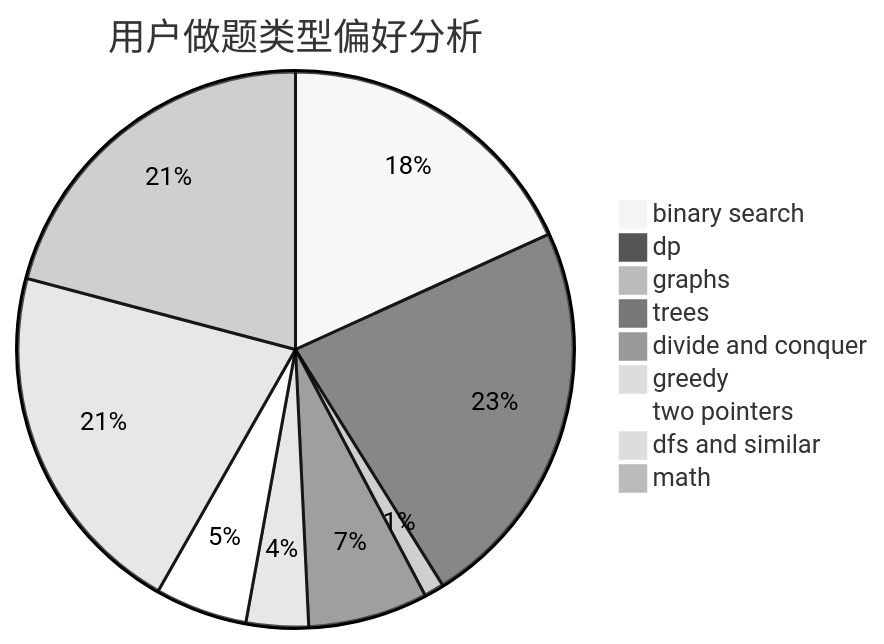
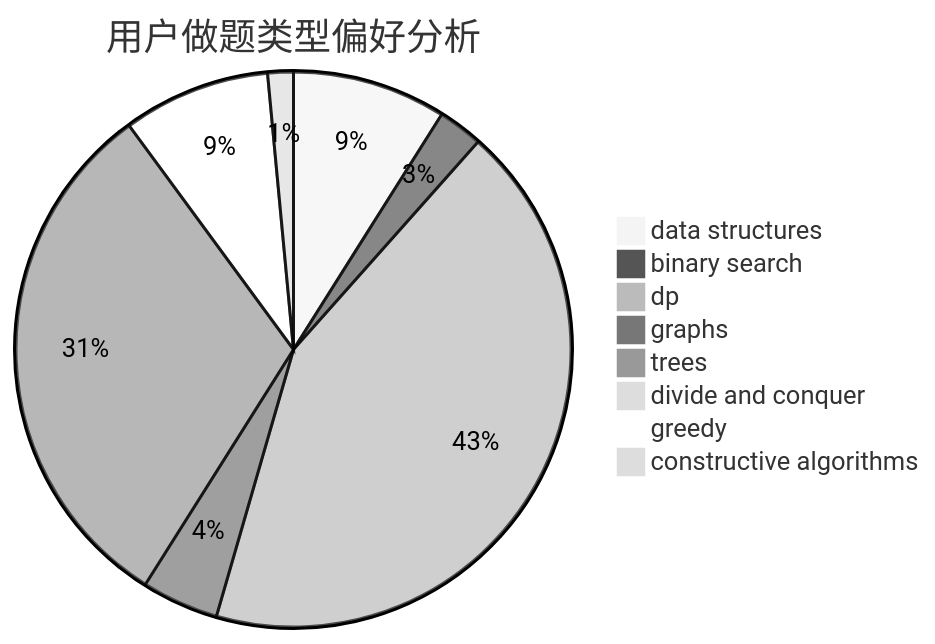
The second of 3 diagrams in docs/user/u919.md (sherpahu/cfrs.github.io), drawn with Mermaid (neutral theme) before and after one commit. The commit also changed other lines of this file and 2775 other files, not shown here.

````diff
--- a/docs/user/u919.md
+++ b/docs/user/u919.md
@@ -23,12 +23,11 @@
 ```mermaid
 pie title 用户做题类型偏好分析
-    "binary search" :  251
-    "dp" :  316
-    "graphs" :  16
-    "trees" :  96
+    "data structures" :  24
+    "binary search" :  7
+    "dp" :  115
+    "graphs" :  12
+    "trees" :  83
     "divide and conquer" :  0
-    "greedy" :  50
-    "two pointers" :  74
-    "dfs and similar" :  288
-    "math" :  288
+    "greedy" :  23
+    "constructive algorithms" :  4
 ```
````
